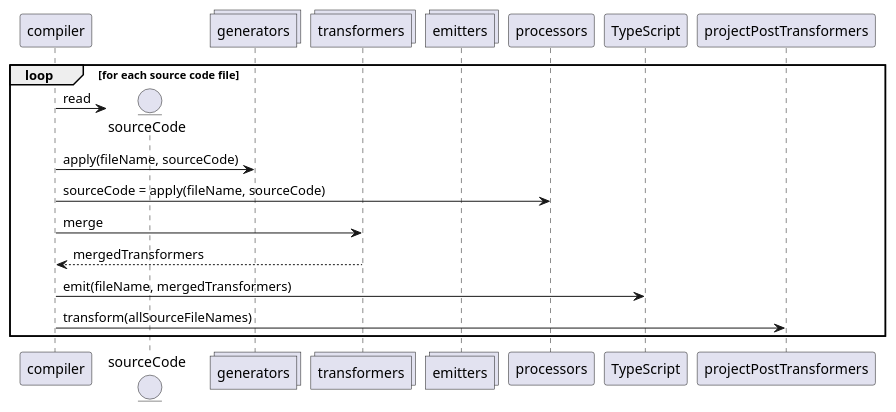
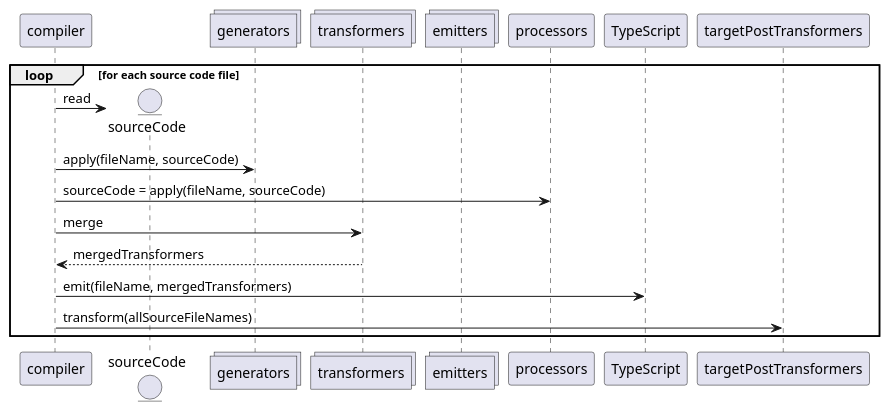
Before and after one commit to quatico-solutions/websmith: the diagram in packages/compiler/docs/write-your-own-addon.md, drawn with PlantUML. The commit also changed other lines of this file and 23 other files, not shown here.

````diff
--- a/packages/compiler/docs/write-your-own-addon.md
+++ b/packages/compiler/docs/write-your-own-addon.md
@@ -44,19 +44,19 @@
 ```plantuml
 @startuml
 participant compiler
 entity sourceCode
 collections generators
 collections transformers
 collections emitters
 loop for each source code file
     create sourceCode
     compiler -> sourceCode: read
     compiler -> generators: apply(fileName, sourceCode)
     compiler -> processors: sourceCode = apply(fileName, sourceCode)
     compiler -> transformers: merge
     transformers --> compiler: mergedTransformers
     compiler -> TypeScript: emit(fileName, mergedTransformers)
-    compiler -> projectPostTransformers: transform(allSourceFileNames)
+    compiler -> targetPostTransformers: transform(allSourceFileNames)
 end
 @enduml
 ```
````
